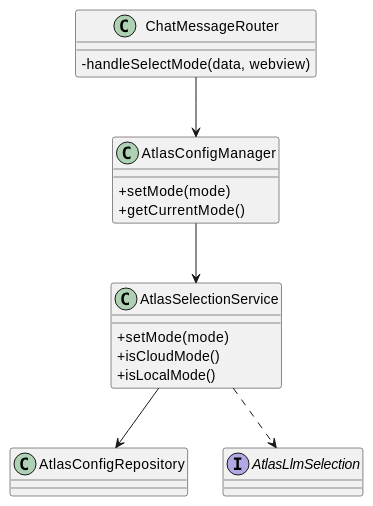
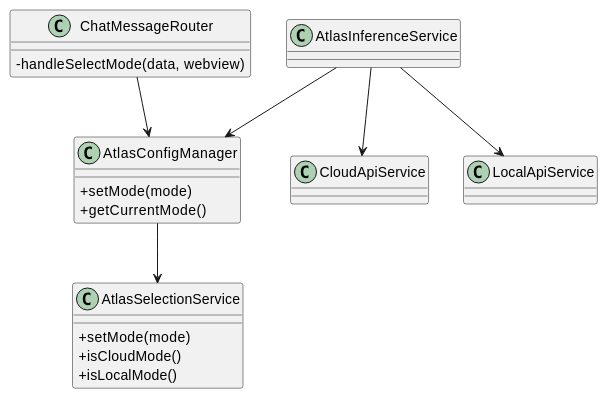
Before and after one commit to JVictorVI/ATLAS: diagram 13 of 38 in docs/plantuml-diagramas-por-caso-de-uso-atlas.md, drawn with PlantUML. The commit also changed other lines of this file and 5 other files, not shown here.

Commit message:
Atualiza diagramas e casos de uso

````diff
--- a/docs/plantuml-diagramas-por-caso-de-uso-atlas.md
+++ b/docs/plantuml-diagramas-por-caso-de-uso-atlas.md
@@ -407,26 +412,28 @@
 ```plantuml
 @startuml
 skinparam shadowing false
 skinparam classAttributeIconSize 0
 
 class ChatMessageRouter {
   -handleSelectMode(data, webview)
 }
 class AtlasConfigManager {
   +setMode(mode)
   +getCurrentMode()
 }
 class AtlasSelectionService {
   +setMode(mode)
   +isCloudMode()
   +isLocalMode()
 }
-class AtlasConfigRepository
-interface AtlasLlmSelection
+class AtlasInferenceService
+class CloudApiService
+class LocalApiService
 
 ChatMessageRouter --> AtlasConfigManager
 AtlasConfigManager --> AtlasSelectionService
-AtlasSelectionService --> AtlasConfigRepository
-AtlasSelectionService ..> AtlasLlmSelection
+AtlasInferenceService --> AtlasConfigManager
+AtlasInferenceService --> CloudApiService
+AtlasInferenceService --> LocalApiService
 @enduml
 ```
````
